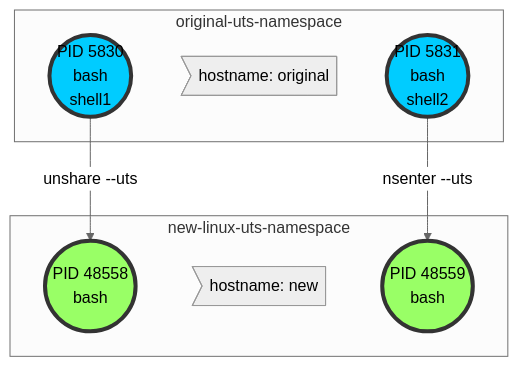
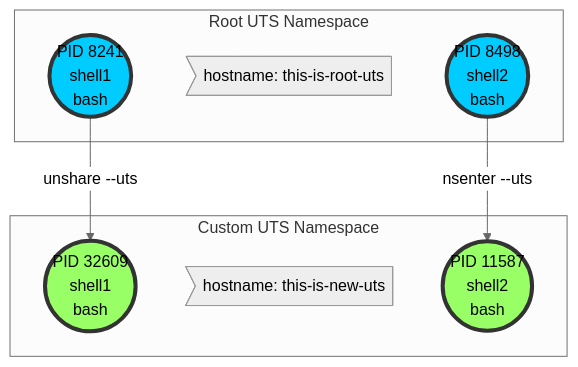
The first of 2 diagrams in content/014_linux_namespaces/_index.md (amcginlay/k8s-primer), drawn with Mermaid (neutral theme) before and after one commit. The commit also changed other lines of this file and 1 other file, not shown here.

```diff
--- a/content/014_linux_namespaces/_index.md
+++ b/content/014_linux_namespaces/_index.md
@@ -176,20 +352,20 @@
 {{< mermaid >}}
 graph TB
-    subgraph original-uts-namespace
-         proc1((PID 5830<br>bash<br>shell1))
-         host1>hostname: original]
-         proc2((PID 5831<br>bash<br>shell2))
+    subgraph Root UTS Namespace
+         proc1((PID 8241<br>shell1<br>bash))
+         host1>hostname: this-is-root-uts]
+         proc2((PID 8498<br>shell2<br>bash))
     end
-    subgraph new-linux-uts-namespace
-         proc3((PID 48558<br>bash))
-         host2>hostname: new]
-         proc4((PID 48559<br>bash))
+    subgraph Custom UTS Namespace
+         proc3((PID 32609<br>shell1<br>bash))
+         host2>hostname: this-is-new-uts]
+         proc4((PID 11587<br>shell2<br>bash))
     end
 proc1 -->|unshare --uts| proc3
 proc2 -->|nsenter --uts| proc4
 
 classDef green fill:#9f6,stroke:#333,stroke-width:4px;
 classDef blue fill:#0cf,stroke:#333,stroke-width:4px;
 class proc1,proc2 blue;
 class proc3,proc4 green;
 {{< /mermaid >}}
```
